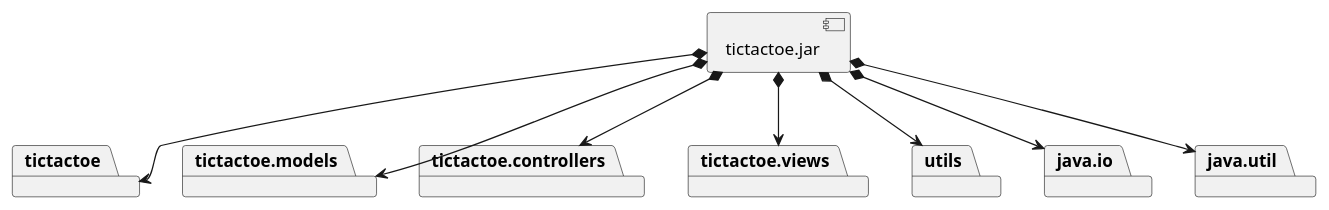
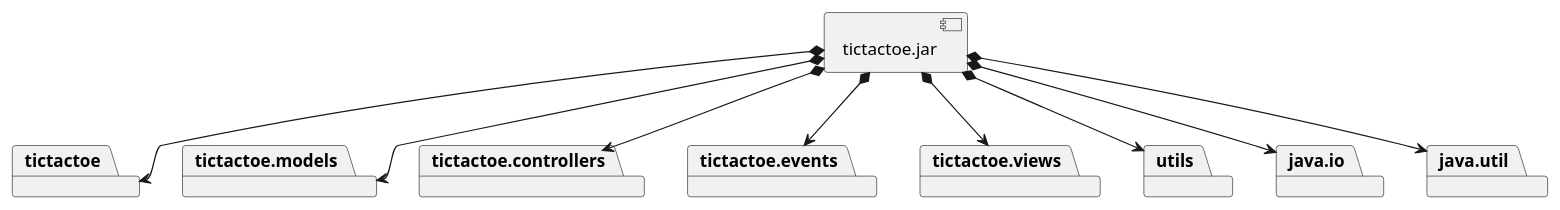
Before and after one commit to x-USantaTecla-game-ticTacToe/java: the second of 3 diagrams in docs/src/docs/asciidoc/index.adoc, drawn with PlantUML. The commit also changed other lines of this file and 30 other files, not shown here.

```diff
--- a/docs/src/docs/asciidoc/index.adoc
+++ b/docs/src/docs/asciidoc/index.adoc
@@ -550,28 +547,31 @@
 [plantuml,diagramaImplementacion,svg]
 ....
 
 package "  "  as tictactoe {
 }
 package "  "  as tictactoe.models {
 }
 package "  "  as tictactoe.controllers {
+}
+package "  "  as tictactoe.events {
 }
 package "  "  as tictactoe.views {
 }
 package "  "  as utils {
 }
 package "  "  as java.io {
 }
 package "  "  as java.util {
 }
 
 [tictactoe.jar] as jar
 
 jar *--> tictactoe
 jar *--> tictactoe.models
 jar *--> tictactoe.controllers
+jar *--> tictactoe.events
 jar *--> tictactoe.views
 jar *--> utils
 jar *--> java.io
 jar *--> java.util
 ....
```
